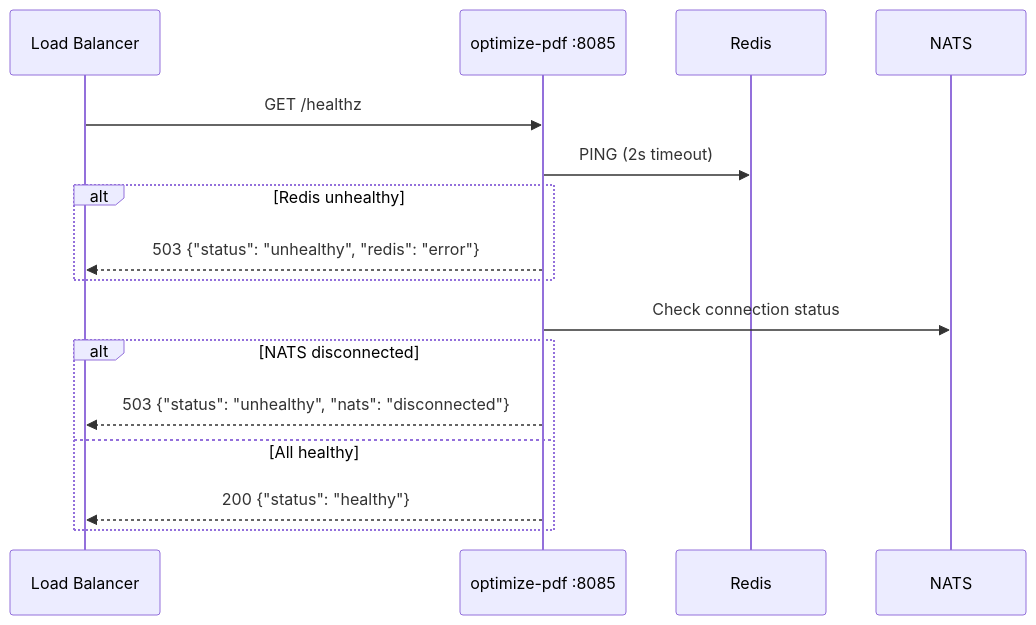
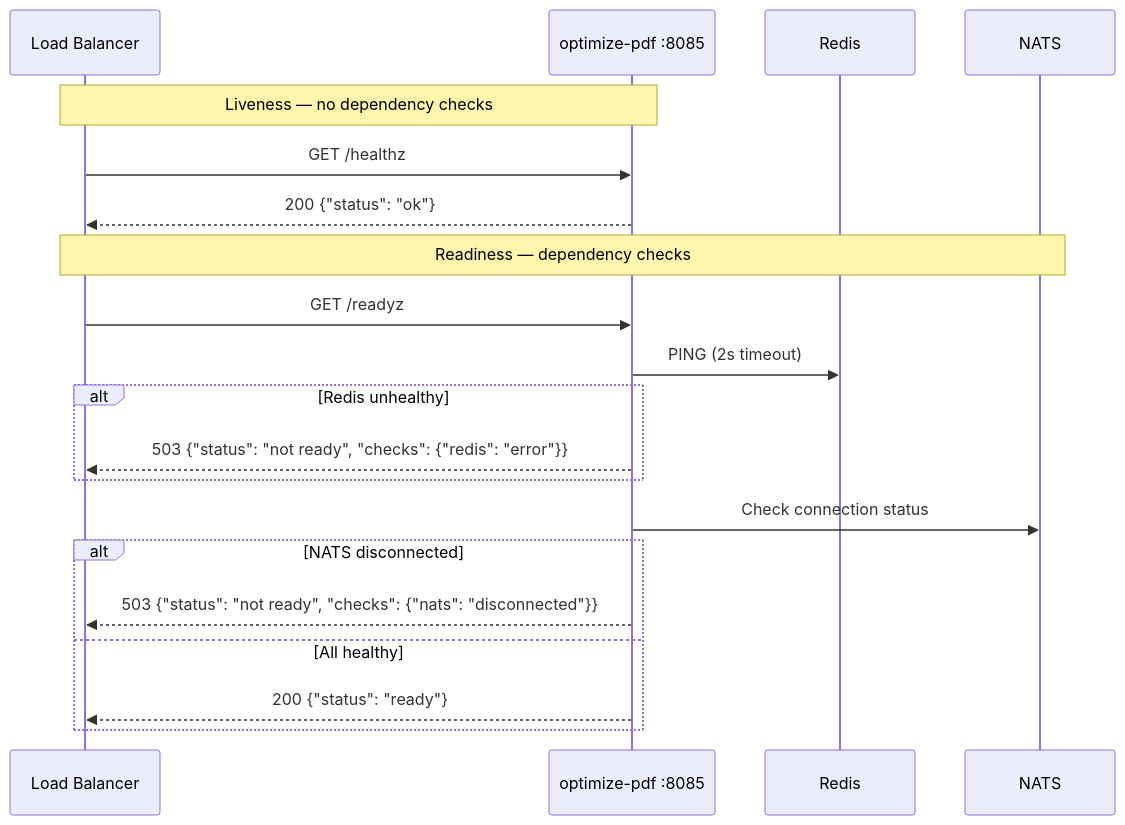
The fourth of 4 diagrams in docs/developer/services/optimize-pdf.md (Prachidubey2003/fyredocs_backend), drawn with Mermaid before and after one commit. The commit also changed other lines of this file and 47 other files, not shown here.

````diff
--- a/docs/developer/services/optimize-pdf.md
+++ b/docs/developer/services/optimize-pdf.md
@@ -334,19 +334,24 @@
 ```mermaid
 sequenceDiagram
     participant LB as Load Balancer
     participant W as optimize-pdf :8085
     participant R as Redis
     participant N as NATS
 
+    Note over LB,W: Liveness — no dependency checks
     LB->>W: GET /healthz
+    W-->>LB: 200 {"status": "ok"}
+
+    Note over LB,N: Readiness — dependency checks
+    LB->>W: GET /readyz
     W->>R: PING (2s timeout)
     alt Redis unhealthy
-        W-->>LB: 503 {"status": "unhealthy", "redis": "error"}
+        W-->>LB: 503 {"status": "not ready", "checks": {"redis": "error"}}
     end
     W->>N: Check connection status
     alt NATS disconnected
-        W-->>LB: 503 {"status": "unhealthy", "nats": "disconnected"}
+        W-->>LB: 503 {"status": "not ready", "checks": {"nats": "disconnected"}}
     else All healthy
-        W-->>LB: 200 {"status": "healthy"}
+        W-->>LB: 200 {"status": "ready"}
     end
 ```
````
